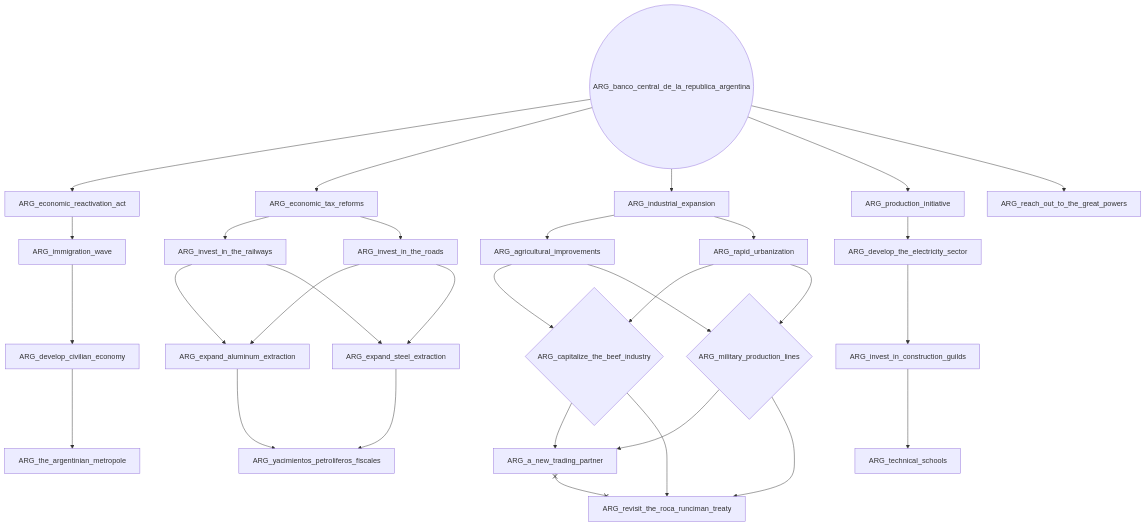
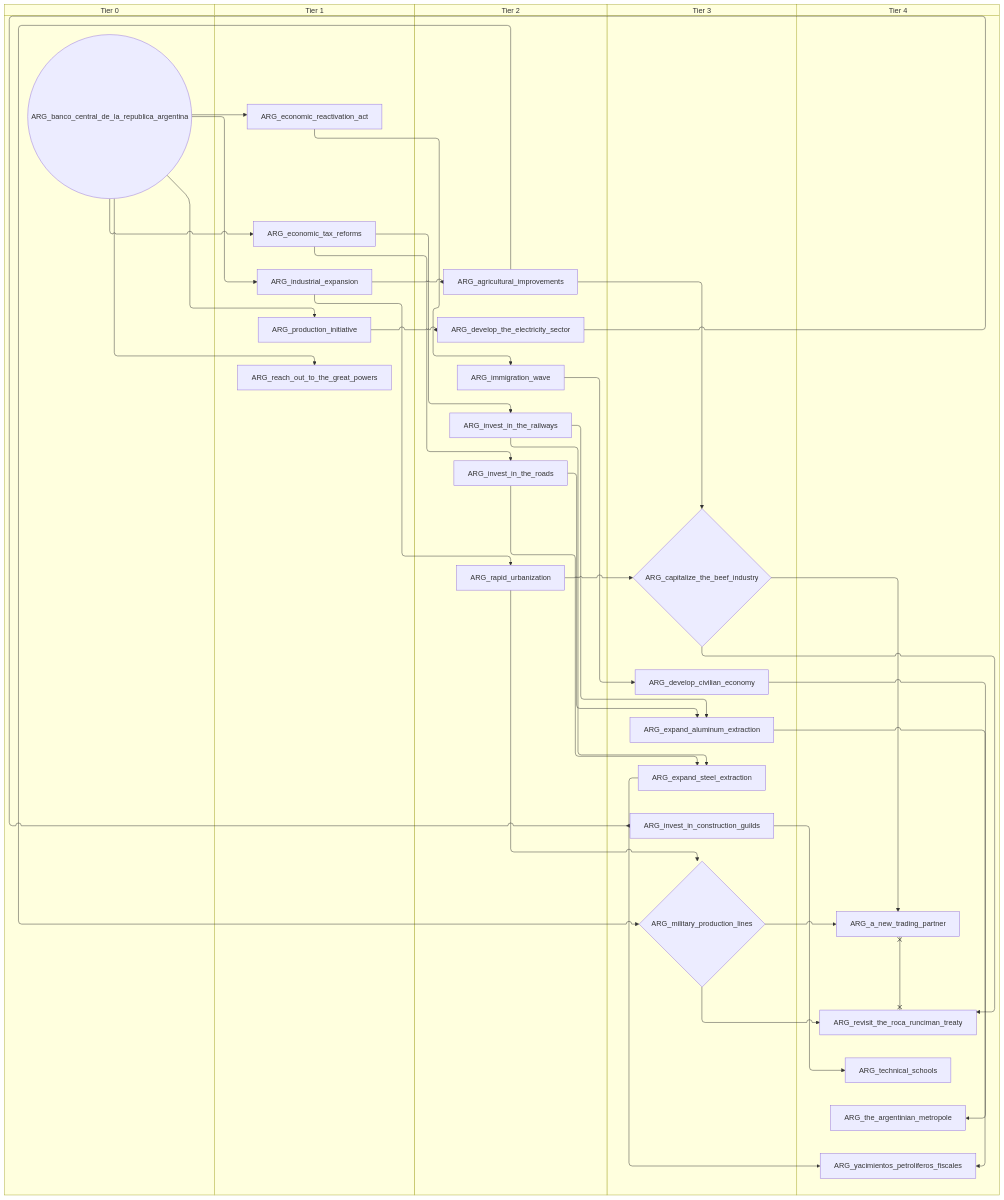
Before and after one commit to evgeny-sobol/hoi4-sandbox-mode-r56: the second of 5 diagrams in docs/gdd/National Focuses/r56/argentina.md, drawn with Mermaid. The commit also changed other lines of this file and 423 other files, not shown here.

First line of the commit message:
Re-export Rt56 focus trees as swimlane diagrams

````diff
--- a/docs/gdd/National Focuses/r56/argentina.md
+++ b/docs/gdd/National Focuses/r56/argentina.md
@@ -82,56 +106,66 @@
 ```mermaid
-flowchart TD
-    n33["ARG_a_new_trading_partner"]
-    n34["ARG_agricultural_improvements"]
-    n35(("ARG_banco_central_de_la_republica_argentina"))
-    n36{"ARG_capitalize_the_beef_industry"}
-    n37["ARG_develop_civilian_economy"]
-    n38["ARG_develop_the_electricity_sector"]
-    n39["ARG_economic_reactivation_act"]
-    n40["ARG_economic_tax_reforms"]
-    n41["ARG_expand_aluminum_extraction"]
-    n42["ARG_expand_steel_extraction"]
-    n43["ARG_immigration_wave"]
-    n44["ARG_industrial_expansion"]
-    n45["ARG_invest_in_construction_guilds"]
-    n46["ARG_invest_in_the_railways"]
-    n47["ARG_invest_in_the_roads"]
-    n48{"ARG_military_production_lines"}
-    n49["ARG_production_initiative"]
-    n50["ARG_rapid_urbanization"]
-    n51["ARG_reach_out_to_the_great_powers"]
-    n52["ARG_revisit_the_roca_runciman_treaty"]
-    n53["ARG_technical_schools"]
-    n54["ARG_the_argentinian_metropole"]
-    n55["ARG_yacimientos_petroliferos_fiscales"]
-    n36 --> n33
-    n48 --> n33
-    n44 --> n34
-    n34 --> n36
-    n50 --> n36
-    n43 --> n37
-    n49 --> n38
-    n35 --> n39
-    n35 --> n40
-    n46 --> n41
-    n47 --> n41
-    n47 --> n42
-    n46 --> n42
-    n39 --> n43
-    n35 --> n44
-    n38 --> n45
-    n40 --> n46
-    n40 --> n47
-    n50 --> n48
-    n34 --> n48
-    n35 --> n49
+swimlane-beta TD
+    subgraph tier_0["Tier 0"]
+        n33(("ARG_banco_central_de_la_republica_argentina"))
+    end
+    subgraph tier_1["Tier 1"]
+        n34["ARG_economic_reactivation_act"]
+        n35["ARG_economic_tax_reforms"]
+        n36["ARG_industrial_expansion"]
+        n37["ARG_production_initiative"]
+        n38["ARG_reach_out_to_the_great_powers"]
+    end
+    subgraph tier_2["Tier 2"]
+        n39["ARG_agricultural_improvements"]
+        n40["ARG_develop_the_electricity_sector"]
+        n41["ARG_immigration_wave"]
+        n42["ARG_invest_in_the_railways"]
+        n43["ARG_invest_in_the_roads"]
+        n44["ARG_rapid_urbanization"]
+    end
+    subgraph tier_3["Tier 3"]
+        n45{"ARG_capitalize_the_beef_industry"}
+        n46["ARG_develop_civilian_economy"]
+        n47["ARG_expand_aluminum_extraction"]
+        n48["ARG_expand_steel_extraction"]
+        n49["ARG_invest_in_construction_guilds"]
+        n50{"ARG_military_production_lines"}
+    end
+    subgraph tier_4["Tier 4"]
+        n51["ARG_a_new_trading_partner"]
+        n52["ARG_revisit_the_roca_runciman_treaty"]
+        n53["ARG_technical_schools"]
+        n54["ARG_the_argentinian_metropole"]
+        n55["ARG_yacimientos_petroliferos_fiscales"]
+    end
+    n45 --> n51
+    n50 --> n51
+    n36 --> n39
+    n39 --> n45
+    n44 --> n45
+    n41 --> n46
+    n37 --> n40
+    n33 --> n34
+    n33 --> n35
+    n42 --> n47
+    n43 --> n47
+    n43 --> n48
+    n42 --> n48
+    n34 --> n41
+    n33 --> n36
+    n40 --> n49
+    n35 --> n42
+    n35 --> n43
     n44 --> n50
-    n35 --> n51
-    n36 --> n52
-    n48 --> n52
-    n45 --> n53
-    n37 --> n54
-    n41 --> n55
-    n42 --> n55
-    n33 x--x n52
+    n39 --> n50
+    n33 --> n37
+    n36 --> n44
+    n33 --> n38
+    n45 --> n52
+    n50 --> n52
+    n49 --> n53
+    n46 --> n54
+    n47 --> n55
+    n48 --> n55
+    n51 x--x n52
 ```
````
